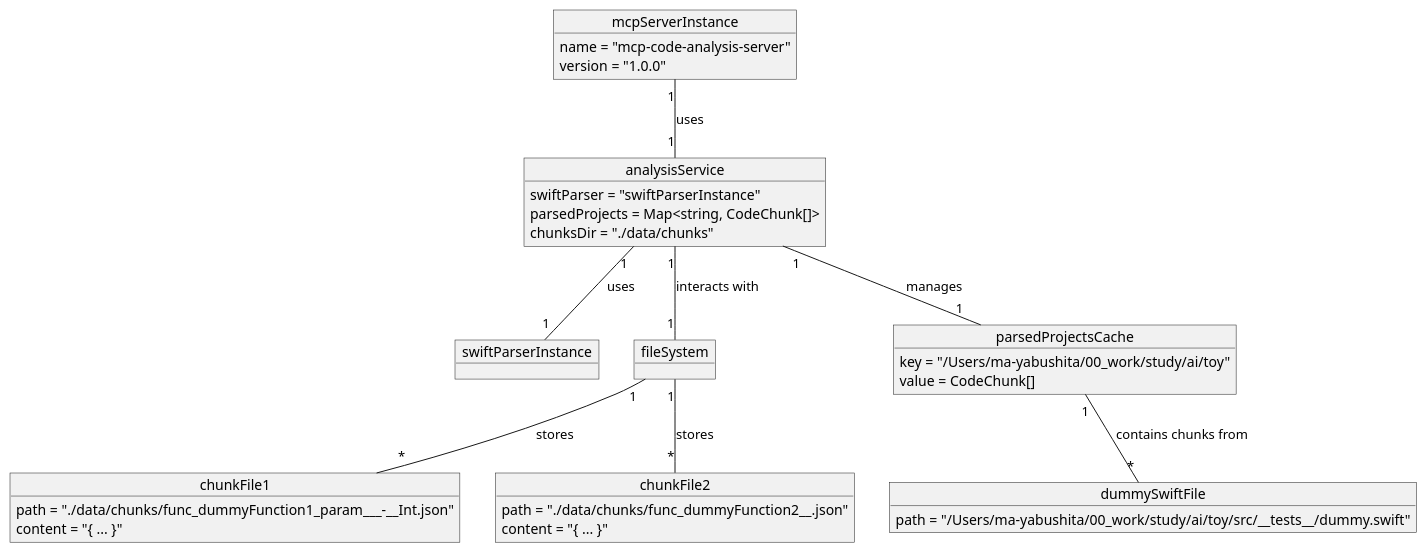
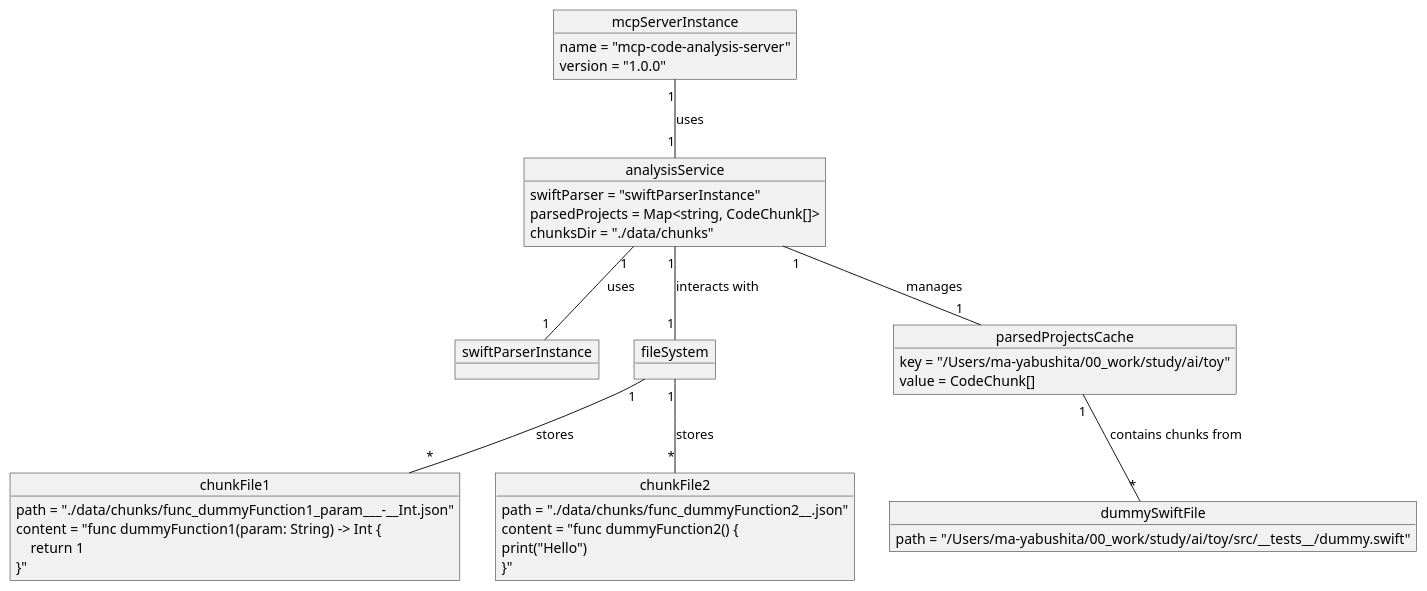
One commit to aoitan/project-analyzer-mcp changed the diagram in doc/diagrams/object_diagram.puml. Above: the diagram before and after it, drawn with PlantUML. The commit also changed 7 other files, not shown here.

First line of the commit message:
docs: PlantUML図を最新化

```diff
--- a/doc/diagrams/object_diagram.puml
+++ b/doc/diagrams/object_diagram.puml
@@ -1,45 +1,47 @@
 @startuml
 
 object "mcpServerInstance" as ServerInstance {
   name = "mcp-code-analysis-server"
   version = "1.0.0"
 }
 
 object "analysisService" as ASInstance {
   swiftParser = "swiftParserInstance"
   parsedProjects = Map<string, CodeChunk[]>
   chunksDir = "./data/chunks"
 }
 
 object "swiftParserInstance" as SPInstance
 
 object "fileSystem" as FSInstance
 
 object "parsedProjectsCache" as Cache {
   key = "/Users/ma-yabushita/00_work/study/ai/toy"
   value = CodeChunk[]
 }
 
 object "dummySwiftFile" as DummyFile {
   path = "/Users/ma-yabushita/00_work/study/ai/toy/src/__tests__/dummy.swift"
 }
 
 object "chunkFile1" as ChunkFile1 {
   path = "./data/chunks/func_dummyFunction1_param___-__Int.json"
-  content = "{ ... }"
+  content = "func dummyFunction1(param: String) -> Int {\n    return 1\n}"
 }
 
 object "chunkFile2" as ChunkFile2 {
   path = "./data/chunks/func_dummyFunction2__.json"
-  content = "{ ... }"
+  content = "func dummyFunction2() {
+    print("Hello")
+}"
 }
 
 ServerInstance "1" -- "1" ASInstance : uses
 ASInstance "1" -- "1" SPInstance : uses
 ASInstance "1" -- "1" FSInstance : interacts with
 ASInstance "1" -- "1" Cache : manages
 Cache "1" -- "*" DummyFile : contains chunks from
 FSInstance "1" -- "*" ChunkFile1 : stores
 FSInstance "1" -- "*" ChunkFile2 : stores
 
 @enduml
```
